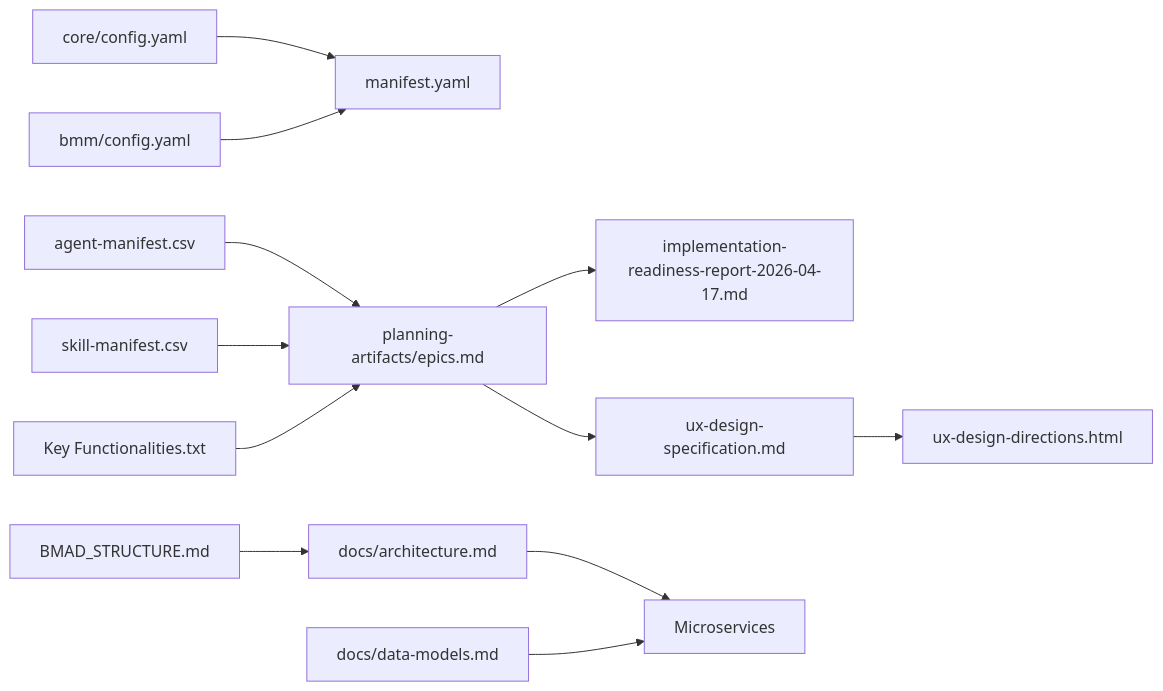
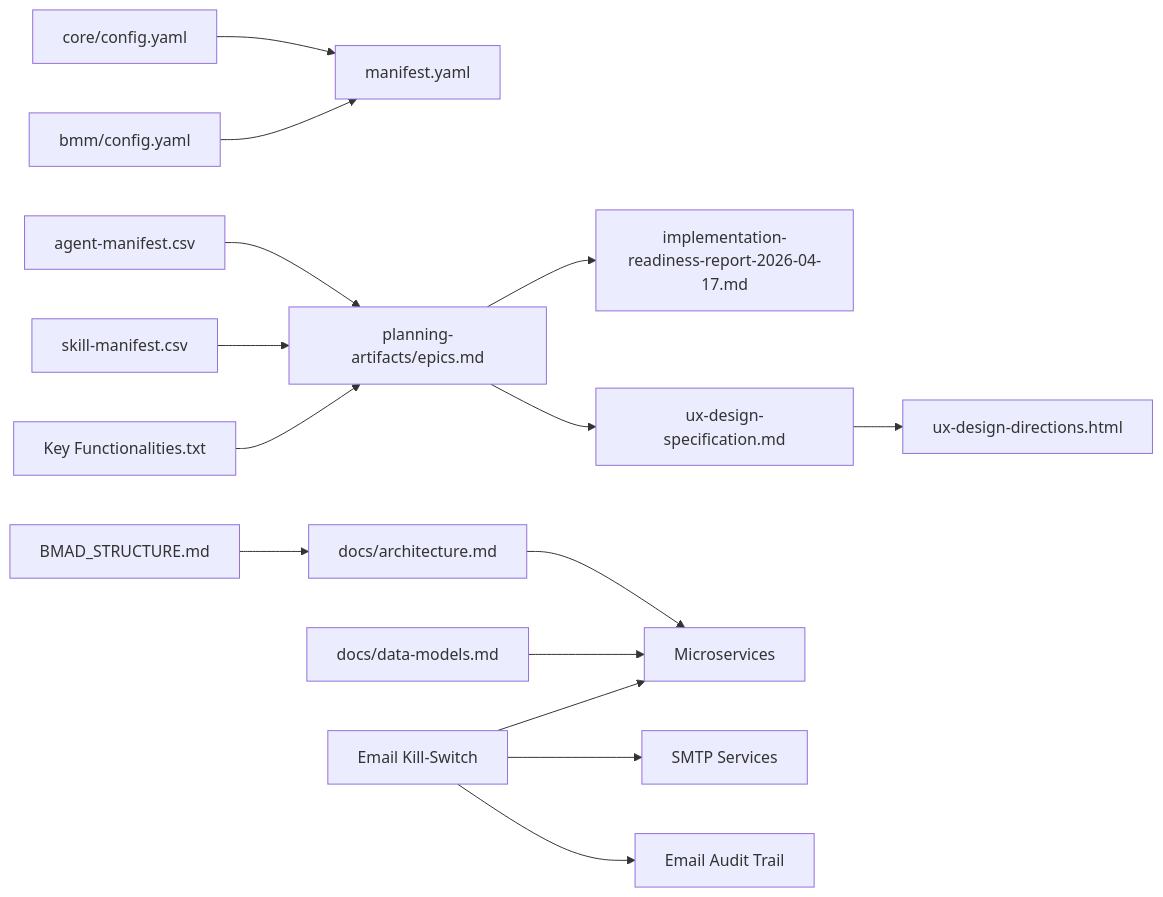
One commit to lamhongbac/NonCash changed the sixth of 7 diagrams in .qoder/repowiki/en/content/Configuration and Deployment/Configuration and Deployment.md. Above: the diagram before and after it, drawn with Mermaid. The commit also changed other lines of this file and 57 other files, not shown here.

````diff
--- a/.qoder/repowiki/en/content/Configuration and Deployment/Configuration and Deployment.md
+++ b/.qoder/repowiki/en/content/Configuration and Deployment/Configuration and Deployment.md
@@ -365,14 +517,17 @@
 ```mermaid
 graph LR
 CoreCfg["core/config.yaml"] --> Manifest["manifest.yaml"]
 BmmCfg["bmm/config.yaml"] --> Manifest
 AgentManifest["agent-manifest.csv"] --> Planning["planning-artifacts/epics.md"]
 SkillManifest["skill-manifest.csv"] --> Planning
 Planning --> Readiness["implementation-readiness-report-2026-04-17.md"]
 Planning --> UxSpec["ux-design-specification.md"]
 UxSpec --> UxHtml["ux-design-directions.html"]
 ArchDoc["docs/architecture.md"] --> Services["Microservices"]
 DataDoc["docs/data-models.md"] --> Services
 Func["Key Functionalities.txt"] --> Planning
 BmadStructure["BMAD_STRUCTURE.md"] --> ArchDoc
+EmailConfig["Email Kill-Switch"] --> Services
+EmailConfig --> SMTP["SMTP Services"]
+EmailConfig --> Audit["Email Audit Trail"]
 ```
````
